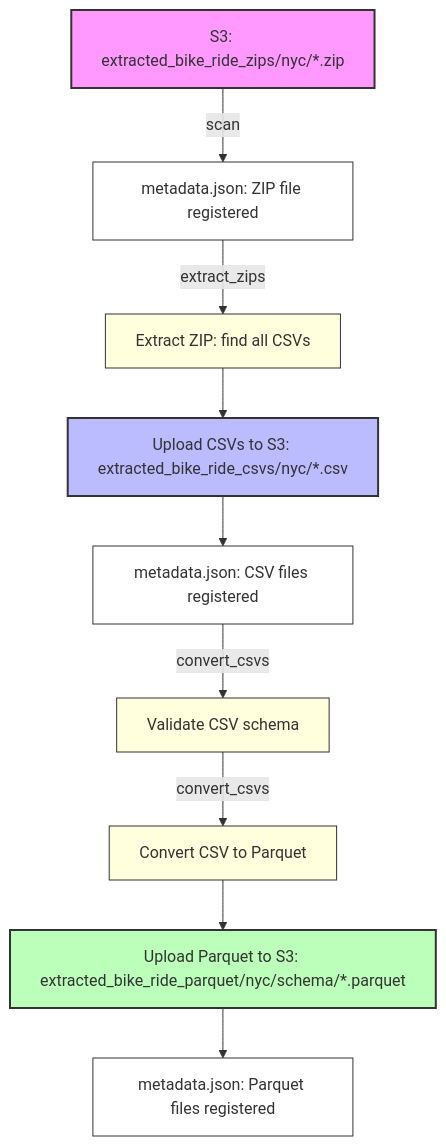
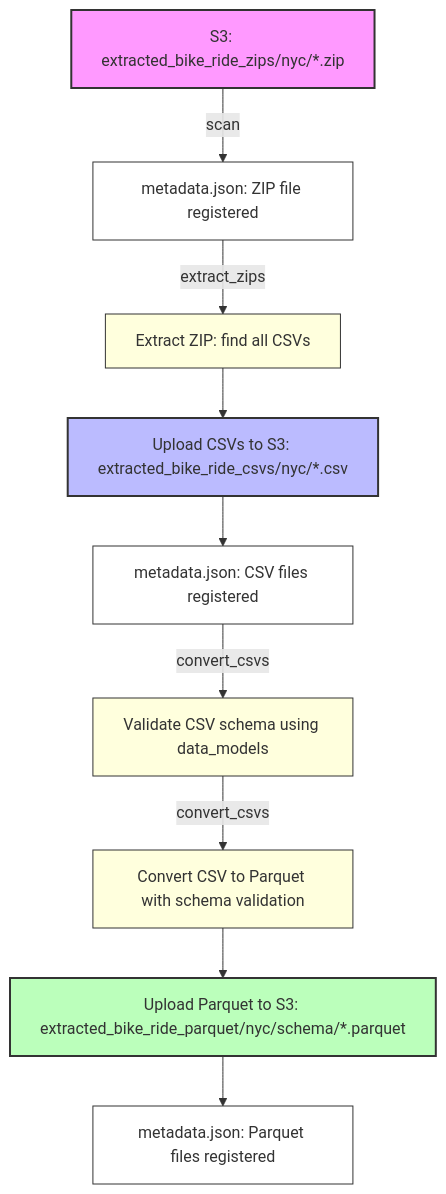
One commit to chrisrogers37/city-cycles changed the diagram in extracted_file_manager/README.md. Above: the diagram before and after it, drawn with Mermaid. The commit also changed other lines of this file and 3 other files, not shown here.

````diff
--- a/extracted_file_manager/README.md
+++ b/extracted_file_manager/README.md
@@ -7,21 +18,21 @@
 ```mermaid
 flowchart TD
     A[S3: extracted_bike_ride_zips/nyc/*.zip] -->|scan| B[metadata.json: ZIP file registered]
     B -->|extract_zips| C[Extract ZIP: find all CSVs]
     C --> D[Upload CSVs to S3: extracted_bike_ride_csvs/nyc/*.csv]
     D --> E[metadata.json: CSV files registered]
-    E -->|convert_csvs| F[Validate CSV schema]
-    F -->|convert_csvs| G[Convert CSV to Parquet]
+    E -->|convert_csvs| F[Validate CSV schema using data_models]
+    F -->|convert_csvs| G[Convert CSV to Parquet with schema validation]
     G --> H[Upload Parquet to S3: extracted_bike_ride_parquet/nyc/schema/*.parquet]
     H --> I[metadata.json: Parquet files registered]
     style A fill:#f9f,stroke:#333,stroke-width:2px
     style D fill:#bbf,stroke:#333,stroke-width:2px
     style H fill:#bfb,stroke:#333,stroke-width:2px
     style B fill:#fff,stroke:#333,stroke-width:1px
     style E fill:#fff,stroke:#333,stroke-width:1px
     style I fill:#fff,stroke:#333,stroke-width:1px
     style C fill:#ffd,stroke:#333,stroke-width:1px
     style F fill:#ffd,stroke:#333,stroke-width:1px
     style G fill:#ffd,stroke:#333,stroke-width:1px
     classDef step fill:#ffd,stroke:#333,stroke-width:1px;
 ```
````
